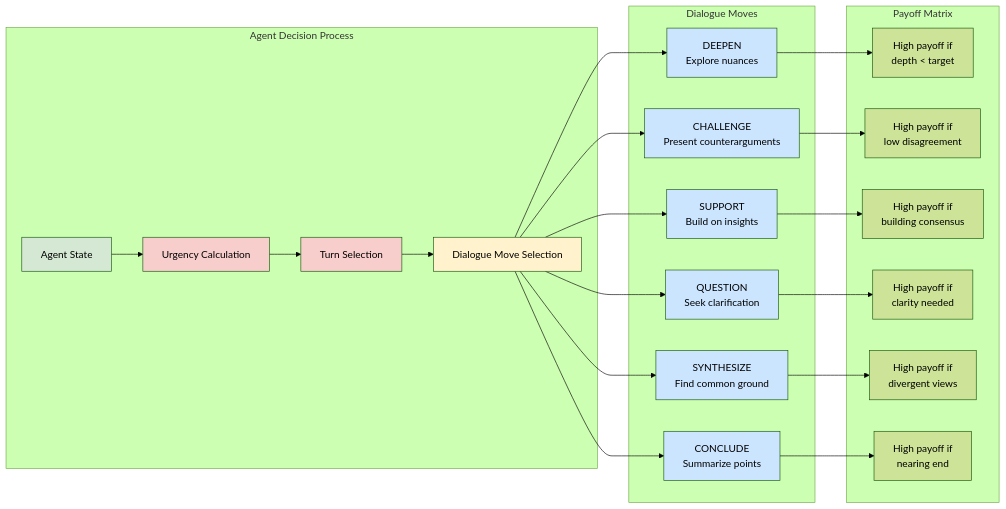
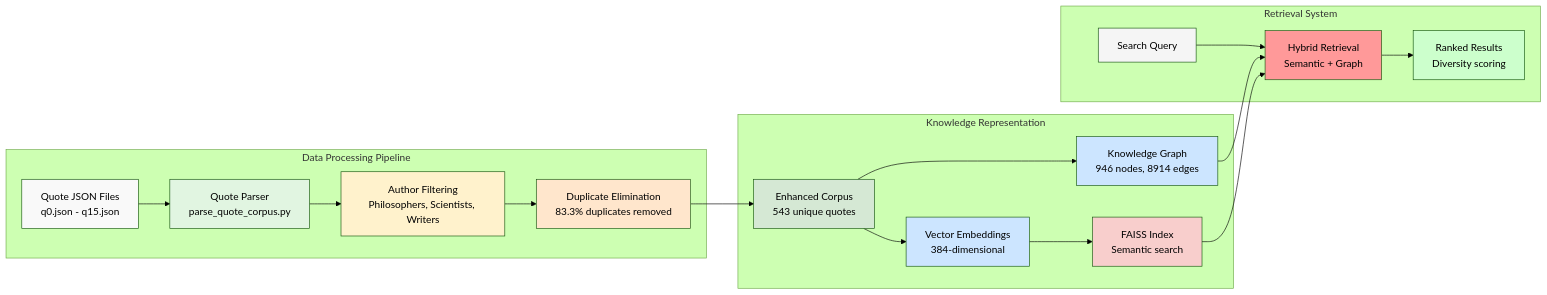
One commit to alexh-scrt/ai-talks changed the second of 3 diagrams in README.md. Above: the diagram before and after it, drawn with Mermaid (forest theme). The commit also changed other lines of this file and 55 other files, not shown here.

````diff
--- a/README.md
+++ b/README.md
@@ -252,37 +237,34 @@
 ```mermaid
 graph LR
-    subgraph "Agent Decision Process"
-        AS[Agent State] --> UC[Urgency Calculation]
-        UC --> TS[Turn Selection]
-        TS --> DM[Dialogue Move Selection]
+    subgraph "Data Processing Pipeline"
+        JSON[Quote JSON Files<br/>q0.json - q15.json] --> PARSER[Quote Parser<br/>parse_quote_corpus.py]
+        PARSER --> FILTER[Author Filtering<br/>Philosophers, Scientists, Writers]
+        FILTER --> DEDUP[Duplicate Elimination<br/>83.3% duplicates removed]
     end
     
-    subgraph "Dialogue Moves"
-        DM --> DEEP[DEEPEN<br/>Explore nuances]
-        DM --> CHAL[CHALLENGE<br/>Present counterarguments]
-        DM --> SUPP[SUPPORT<br/>Build on insights]
-        DM --> QUES[QUESTION<br/>Seek clarification]
-        DM --> SYNT[SYNTHESIZE<br/>Find common ground]
-        DM --> CONC[CONCLUDE<br/>Summarize points]
+    subgraph "Knowledge Representation"
+        DEDUP --> CORPUS[Enhanced Corpus<br/>543 unique quotes]
+        CORPUS --> KG[Knowledge Graph<br/>946 nodes, 8914 edges]
+        CORPUS --> EMBED[Vector Embeddings<br/>384-dimensional]
+        EMBED --> FAISS[FAISS Index<br/>Semantic search]
     end
     
-    subgraph "Payoff Matrix"
-        DEEP --> PO1[High payoff if<br/>depth < target]
-        CHAL --> PO2[High payoff if<br/>low disagreement]
-        SUPP --> PO3[High payoff if<br/>building consensus]
-        QUES --> PO4[High payoff if<br/>clarity needed]
-        SYNT --> PO5[High payoff if<br/>divergent views]
-        CONC --> PO6[High payoff if<br/>nearing end]
+    subgraph "Retrieval System"
+        SEARCH[Search Query] --> HYBRID[Hybrid Retrieval<br/>Semantic + Graph]
+        HYBRID --> RESULTS[Ranked Results<br/>Diversity scoring]
+        KG --> HYBRID
+        FAISS --> HYBRID
     end
     
-    style AS fill:#d5e8d4
-    style UC fill:#f8cecc
-    style TS fill:#f8cecc
-    style DM fill:#fff2cc
-    style DEEP fill:#cce5ff
-    style CHAL fill:#cce5ff
-    style SUPP fill:#cce5ff
-    style QUES fill:#cce5ff
-    style SYNT fill:#cce5ff
-    style CONC fill:#cce5ff
+    style JSON fill:#f9f9f9
+    style PARSER fill:#e1f5e1
+    style FILTER fill:#fff2cc
+    style DEDUP fill:#ffe6cc
+    style CORPUS fill:#d5e8d4
+    style KG fill:#cce5ff
+    style EMBED fill:#cce5ff
+    style FAISS fill:#f8cecc
+    style SEARCH fill:#f5f5f5
+    style HYBRID fill:#ff9999
+    style RESULTS fill:#ccffcc
 ```
````
